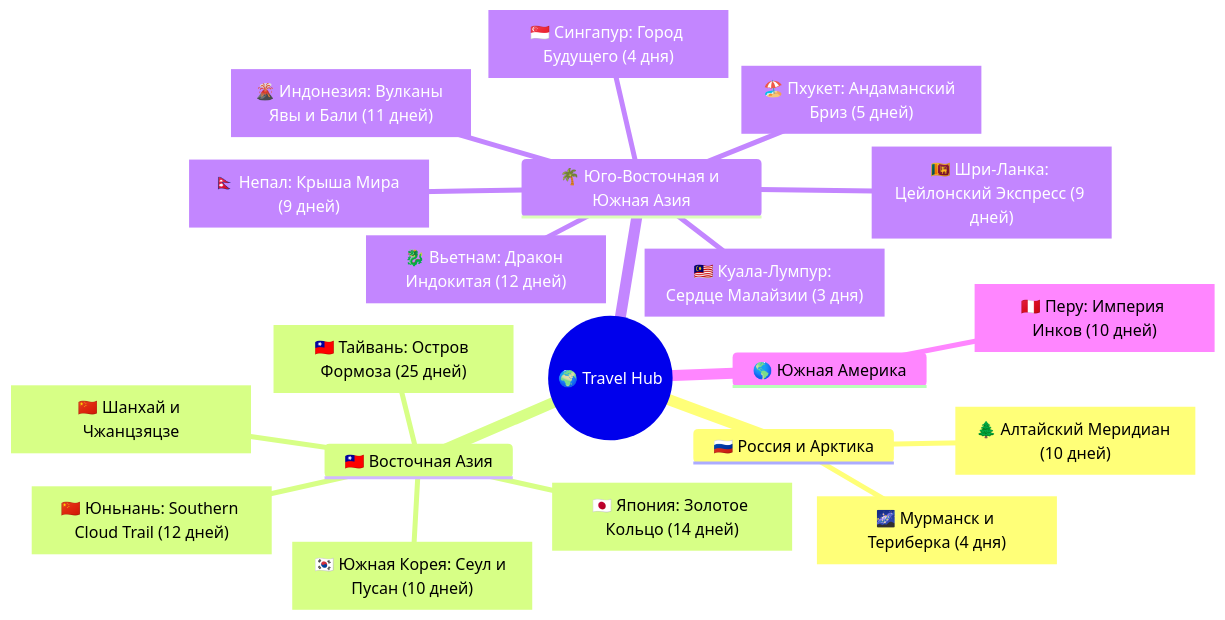
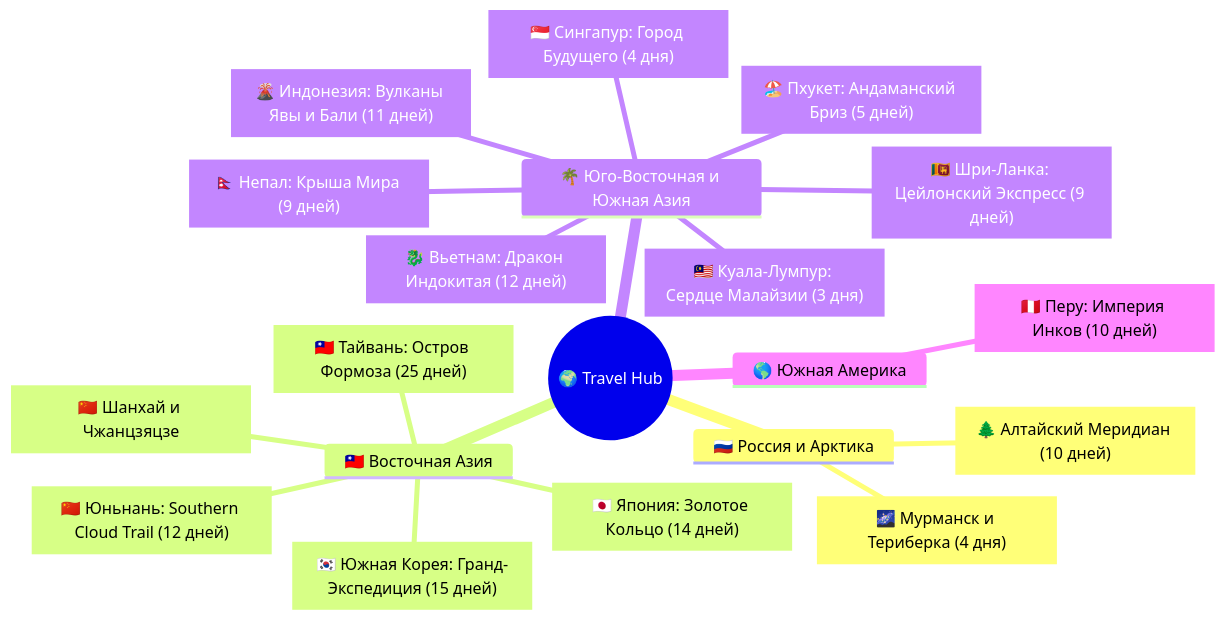
Before and after one commit to injurka/obsidian-mark: the diagram in Personal Note/Travel/Travel.md, drawn with Mermaid. The commit also changed other lines of this file and 27 other files, not shown here.

````diff
--- a/Personal Note/Travel/Travel.md
+++ b/Personal Note/Travel/Travel.md
@@ -5,23 +5,23 @@
 ```mermaid
 mindmap
   root((🌍 Travel Hub))
     🇷🇺 Россия и Арктика
       ["🌲 Алтайский Меридиан (10 дней)"]
       ["🌌 Мурманск и Териберка (4 дня)"]
     🇹🇼 Восточная Азия
       ["🇯🇵 Япония: Золотое Кольцо (14 дней)"]
       ["🇹🇼 Тайвань: Остров Формоза (25 дней)"]
-      ["🇰🇷 Южная Корея: Сеул и Пусан (10 дней)"]
+      ["🇰🇷 Южная Корея: Гранд-Экспедиция (15 дней)"]
       ["🇨🇳 Юньнань: Southern Cloud Trail (12 дней)"]
       ["🇨🇳 Шанхай и Чжанцзяцзе"]
     🌴 Юго-Восточная и Южная Азия
       ["🇳🇵 Непал: Крыша Мира (9 дней)"]
       ["🇱🇰 Шри-Ланка: Цейлонский Экспресс (9 дней)"]
       ["🌋 Индонезия: Вулканы Явы и Бали (11 дней)"]
       ["🐉 Вьетнам: Дракон Индокитая (12 дней)"]
       ["🏖️ Пхукет: Андаманский Бриз (5 дней)"]
       ["🇸🇬 Сингапур: Город Будущего (4 дня)"]
       ["🇲🇾 Куала-Лумпур: Сердце Малайзии (3 дня)"]
     🌎 Южная Америка
       ["🇵🇪 Перу: Империя Инков (10 дней)"]
 ```
````
